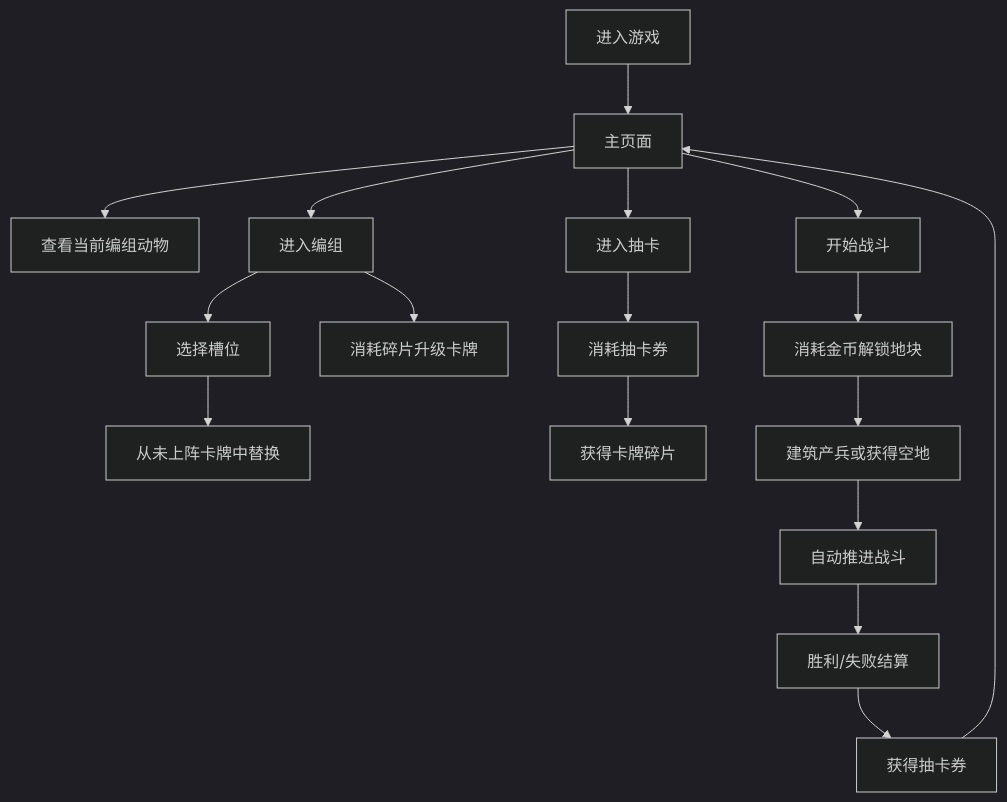
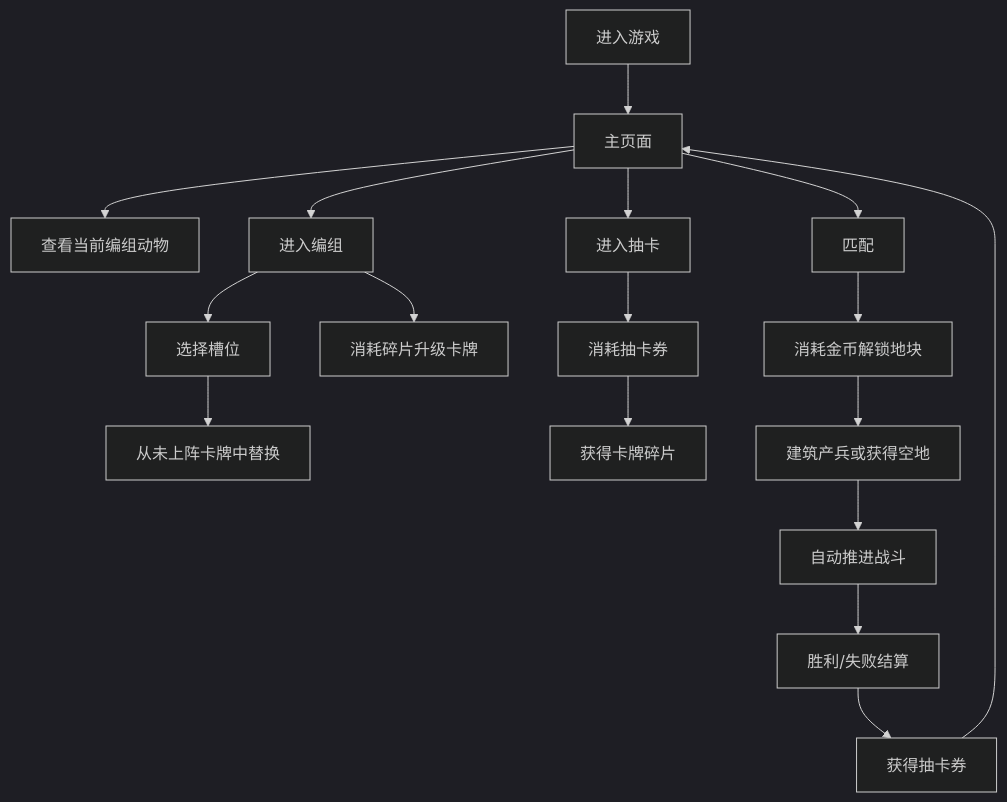
The diagram in design/current_game_module_design.md (BlacKKing4210/zhanchengdashi), drawn with Mermaid (dark theme) before and after one commit. The commit also changed other lines of this file and 5 other files, not shown here.

````diff
--- a/design/current_game_module_design.md
+++ b/design/current_game_module_design.md
@@ -29,19 +29,19 @@
 ```mermaid
 flowchart TD
     A["进入游戏"] --> B["主页面"]
     B --> C["查看当前编组动物"]
-    B --> D["开始战斗"]
+    B --> D["匹配"]
     B --> E["进入编组"]
     B --> F["进入抽卡"]
     E --> G["选择槽位"]
     G --> H["从未上阵卡牌中替换"]
     E --> I["消耗碎片升级卡牌"]
     F --> J["消耗抽卡券"]
     J --> K["获得卡牌碎片"]
     D --> L["消耗金币解锁地块"]
     L --> M["建筑产兵或获得空地"]
     M --> N["自动推进战斗"]
     N --> O["胜利/失败结算"]
     O --> P["获得抽卡券"]
     P --> B
 ```
````
